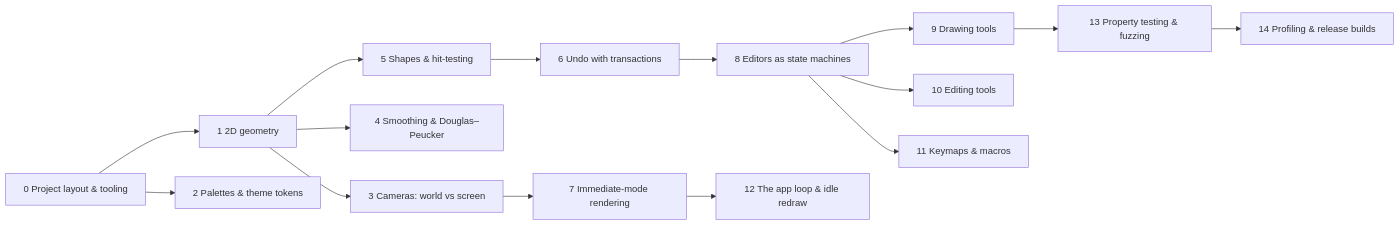
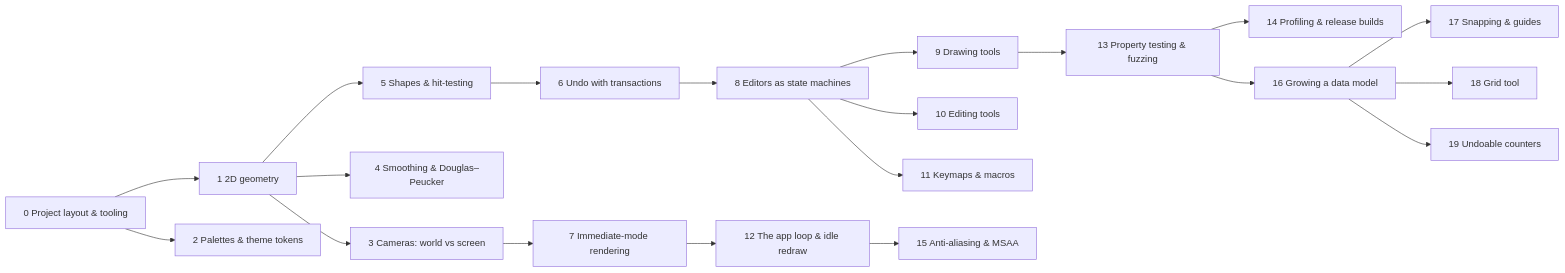
Before and after one commit to UmBender/draw: the diagram in docs/tutorials/Learning Path.md, drawn with Mermaid. The commit also changed other lines of this file and 8 other files, not shown here.

````diff
--- a/docs/tutorials/Learning Path.md
+++ b/docs/tutorials/Learning Path.md
@@ -11,17 +11,22 @@
 ```mermaid
 flowchart LR
   s0[0 Project layout & tooling] --> s1[1 2D geometry]
   s0 --> s2[2 Palettes & theme tokens]
   s1 --> s3[3 Cameras: world vs screen]
   s1 --> s4[4 Smoothing & Douglas–Peucker]
   s1 --> s5[5 Shapes & hit-testing]
   s5 --> s6[6 Undo with transactions]
   s3 --> s7[7 Immediate-mode rendering]
   s6 --> s8[8 Editors as state machines]
   s8 --> s9[9 Drawing tools]
   s8 --> s10[10 Editing tools]
   s8 --> s11[11 Keymaps & macros]
   s7 --> s12[12 The app loop & idle redraw]
   s9 --> s13[13 Property testing & fuzzing]
   s13 --> s14[14 Profiling & release builds]
+  s12 --> s15[15 Anti-aliasing & MSAA]
+  s13 --> s16[16 Growing a data model]
+  s16 --> s17[17 Snapping & guides]
+  s16 --> s18[18 Grid tool]
+  s16 --> s19[19 Undoable counters]
 ```
````
